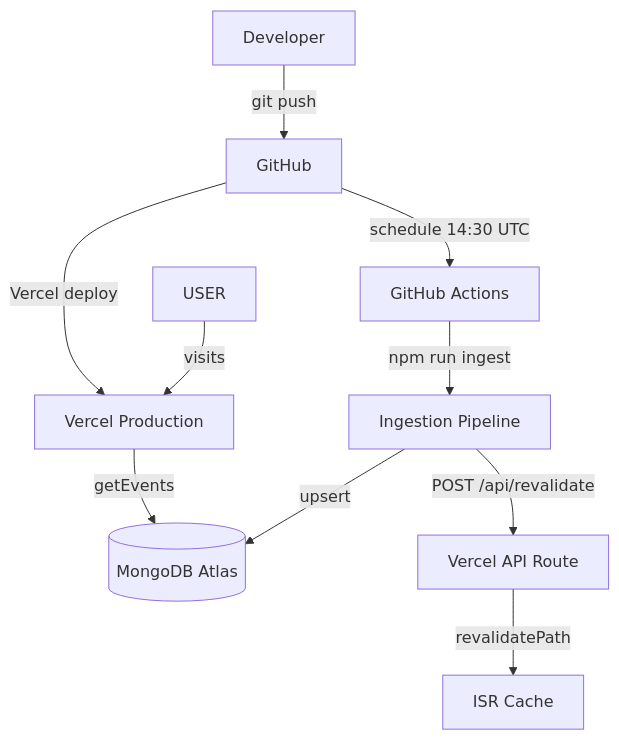
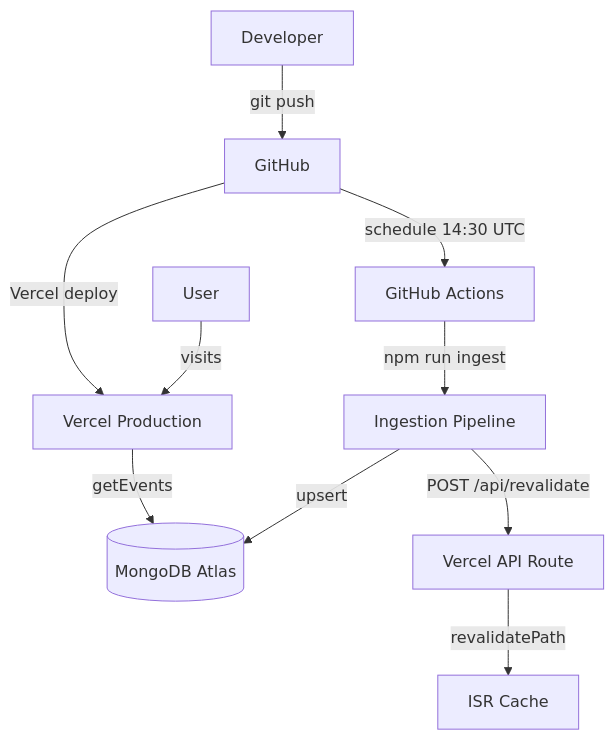
The fourth of 4 diagrams in docs/architecture.md (bharatbhusal/weekends-plan), drawn with Mermaid before and after one commit. The commit also changed other lines of this file and 10 other files, not shown here.

````diff
--- a/docs/architecture.md
+++ b/docs/architecture.md
@@ -102,12 +102,12 @@
 ```mermaid
 flowchart TD
     DEV[Developer] -->|git push| GH[GitHub]
     GH -->|Vercel deploy| PROD[Vercel Production]
     GH -->|schedule 14:30 UTC| GA[GitHub Actions]
     GA -->|npm run ingest| INGEST_SCRIPT[Ingestion Pipeline]
     INGEST_SCRIPT -->|upsert| ATLAS[(MongoDB Atlas)]
     INGEST_SCRIPT -->|POST /api/revalidate| VERCEL_API[Vercel API Route]
     VERCEL_API -->|revalidatePath| CACHE[ISR Cache]
-    USER -->|visits| PROD
+    USER[User] -->|visits| PROD
     PROD -->|getEvents| ATLAS
 ```
````
